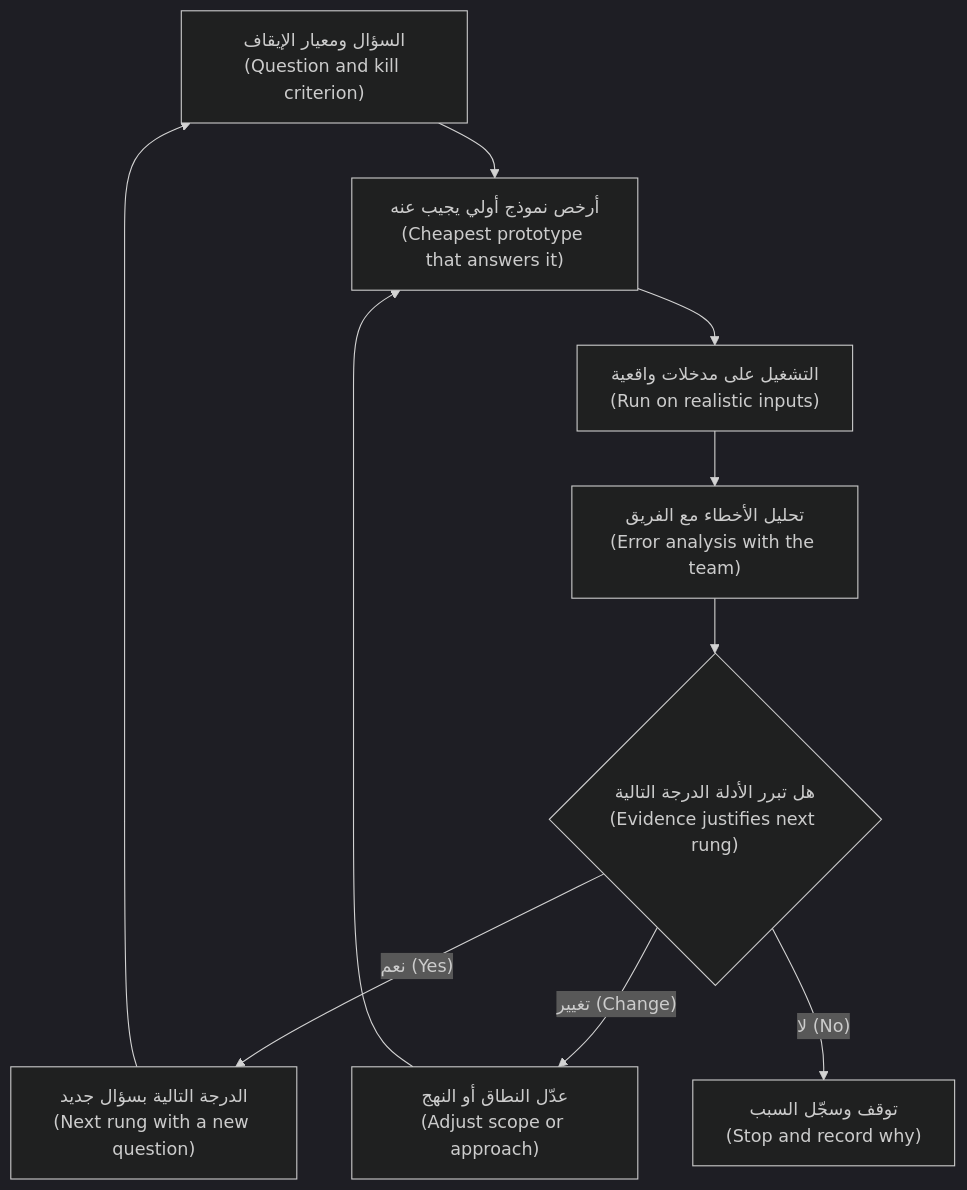
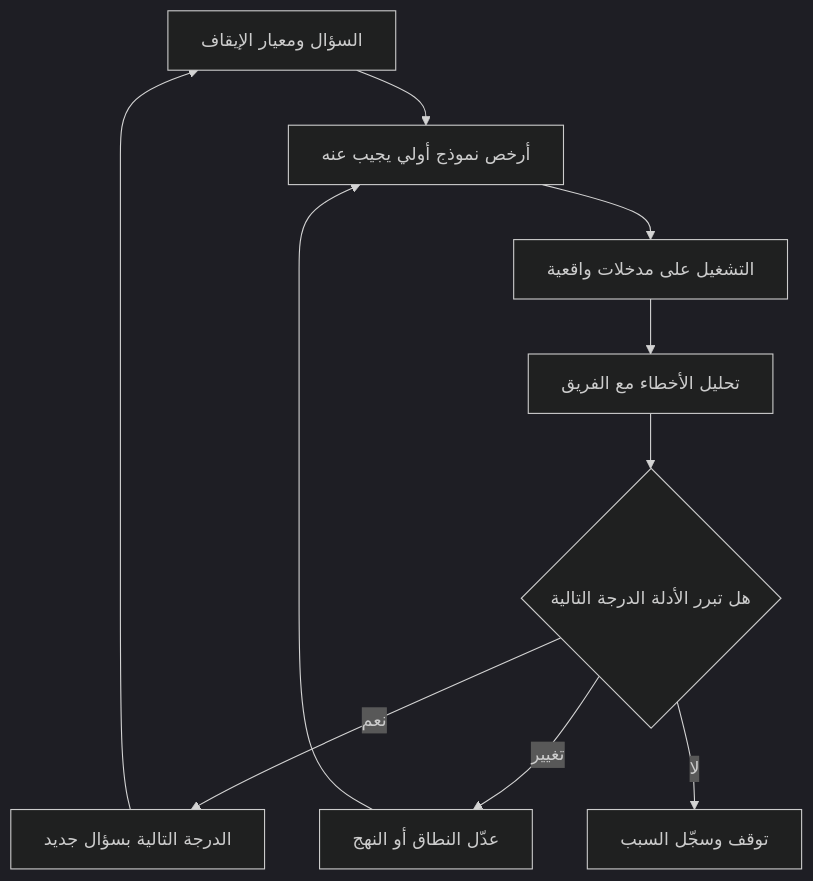
Before and after one commit to Tamoura/system-design-for-vibe-coders: the second of 3 diagrams in aipm/modules/05-build.ar.md, drawn with Mermaid (dark theme). The commit also changed other lines of this file and 551 other files, not shown here.

````diff
--- a/aipm/modules/05-build.ar.md
+++ b/aipm/modules/05-build.ar.md
@@ -281,12 +289,12 @@
 ```mermaid
 flowchart TD
-    A["السؤال ومعيار الإيقاف<br/>(Question and kill criterion)"] --> B["أرخص نموذج أولي يجيب عنه<br/>(Cheapest prototype that answers it)"]
-    B --> C["التشغيل على مدخلات واقعية<br/>(Run on realistic inputs)"]
-    C --> D["تحليل الأخطاء مع الفريق<br/>(Error analysis with the team)"]
-    D --> E{"هل تبرر الأدلة الدرجة التالية<br/>(Evidence justifies next rung)"}
-    E -- "نعم (Yes)" --> F["الدرجة التالية بسؤال جديد<br/>(Next rung with a new question)"]
-    E -- "تغيير (Change)" --> G["عدّل النطاق أو النهج<br/>(Adjust scope or approach)"]
+    A["السؤال ومعيار الإيقاف"] --> B["أرخص نموذج أولي يجيب عنه"]
+    B --> C["التشغيل على مدخلات واقعية"]
+    C --> D["تحليل الأخطاء مع الفريق"]
+    D --> E{"هل تبرر الأدلة الدرجة التالية"}
+    E -- "نعم" --> F["الدرجة التالية بسؤال جديد"]
+    E -- "تغيير" --> G["عدّل النطاق أو النهج"]
     G --> B
-    E -- "لا (No)" --> H["توقف وسجّل السبب<br/>(Stop and record why)"]
+    E -- "لا" --> H["توقف وسجّل السبب"]
     F --> A
 ```
````
